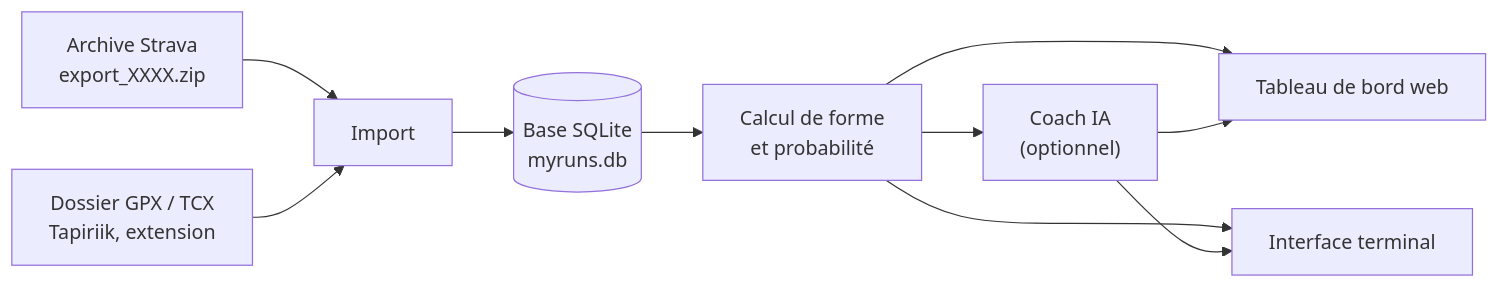
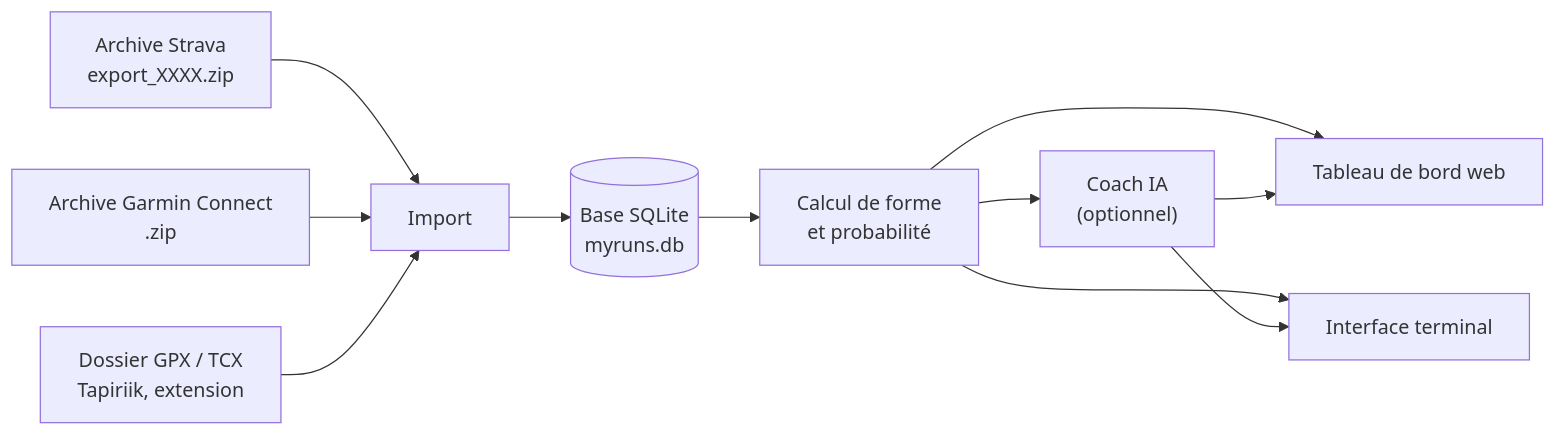
The diagram in doc_bookstack.md (stloc/myruns), drawn with Mermaid before and after one commit. The commit also changed other lines of this file and 18 other files, not shown here.

First line of the commit message:
Import : archive Garmin Connect (résumé JSON + FIT imbriqués)

````diff
--- a/doc_bookstack.md
+++ b/doc_bookstack.md
@@ -63,12 +64,13 @@
 ```mermaid
 flowchart LR
     A["Archive Strava<br/>export_XXXX.zip"] --> I["Import"]
+    G["Archive Garmin Connect<br/>.zip"] --> I
     B["Dossier GPX / TCX<br/>Tapiriik, extension"] --> I
     I --> S[("Base SQLite<br/>myruns.db")]
     S --> P["Calcul de forme<br/>et probabilité"]
     P --> W["Tableau de bord web"]
     P --> T["Interface terminal"]
     P --> C["Coach IA<br/>(optionnel)"]
     C --> W
     C --> T
 ```
````
